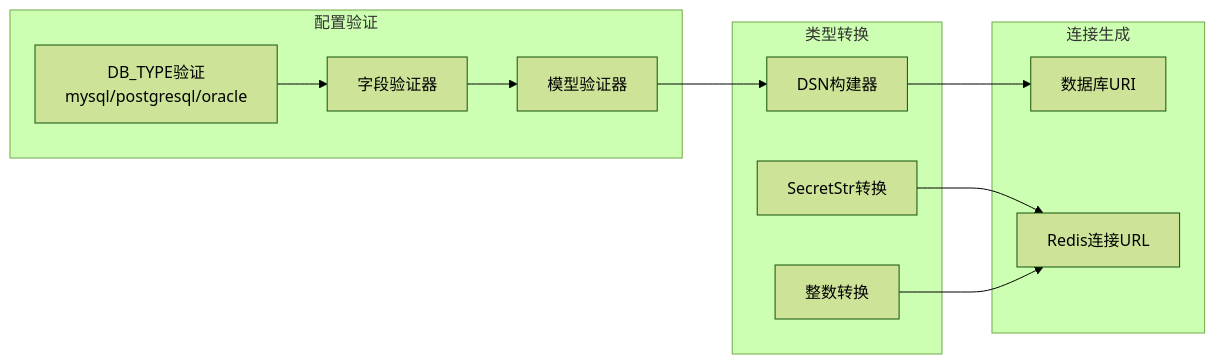
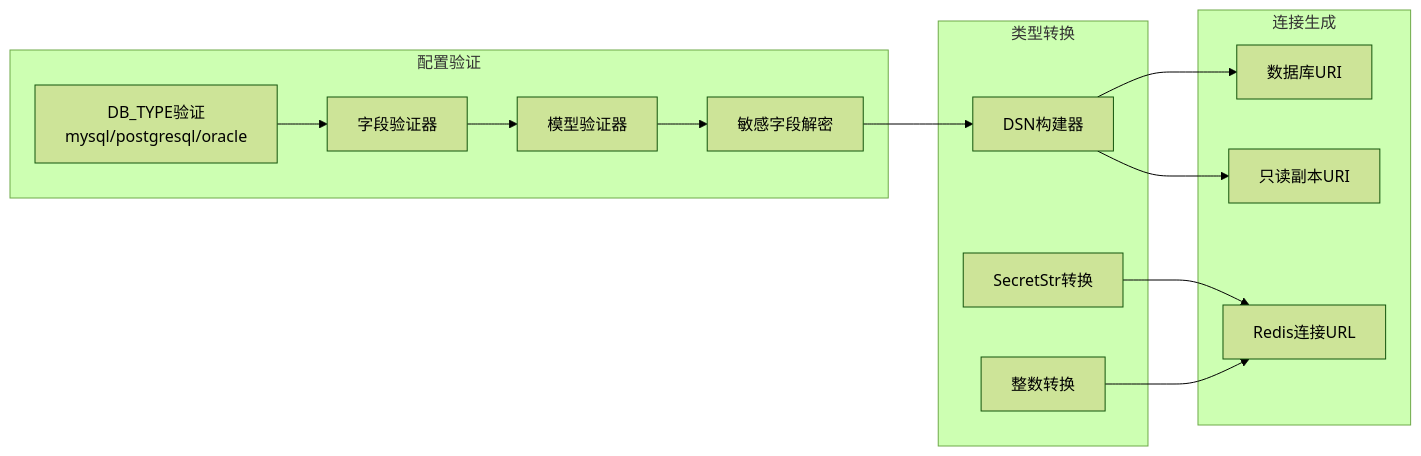
The fifth of 6 diagrams in .qoder/repowiki/zh/content/基础设施工具/配置系统.md (lilinzezzzzzz/fastapi-backend), drawn with Mermaid (forest theme) before and after one commit. The commit also changed other lines of this file and 38 other files, not shown here.

````diff
--- a/.qoder/repowiki/zh/content/基础设施工具/配置系统.md
+++ b/.qoder/repowiki/zh/content/基础设施工具/配置系统.md
@@ -228,23 +252,27 @@
 ```mermaid
 graph LR
 subgraph "配置验证"
 DBType["DB_TYPE验证<br/>mysql/postgresql/oracle"]
 FieldValidator["字段验证器"]
 ModelValidator["模型验证器"]
+SensitiveDecrypt["敏感字段解密"]
 end
 subgraph "类型转换"
 DSNBuilder["DSN构建器"]
 SecretConverter["SecretStr转换"]
 IntConverter["整数转换"]
 end
 subgraph "连接生成"
 DBURI["数据库URI"]
+ReadDBURI["只读副本URI"]
 RedisURL["Redis连接URL"]
 end
 DBType --> FieldValidator
 FieldValidator --> ModelValidator
-ModelValidator --> DSNBuilder
+ModelValidator --> SensitiveDecrypt
+SensitiveDecrypt --> DSNBuilder
 DSNBuilder --> DBURI
+DSNBuilder --> ReadDBURI
 SecretConverter --> RedisURL
 IntConverter --> RedisURL
 ```
````
